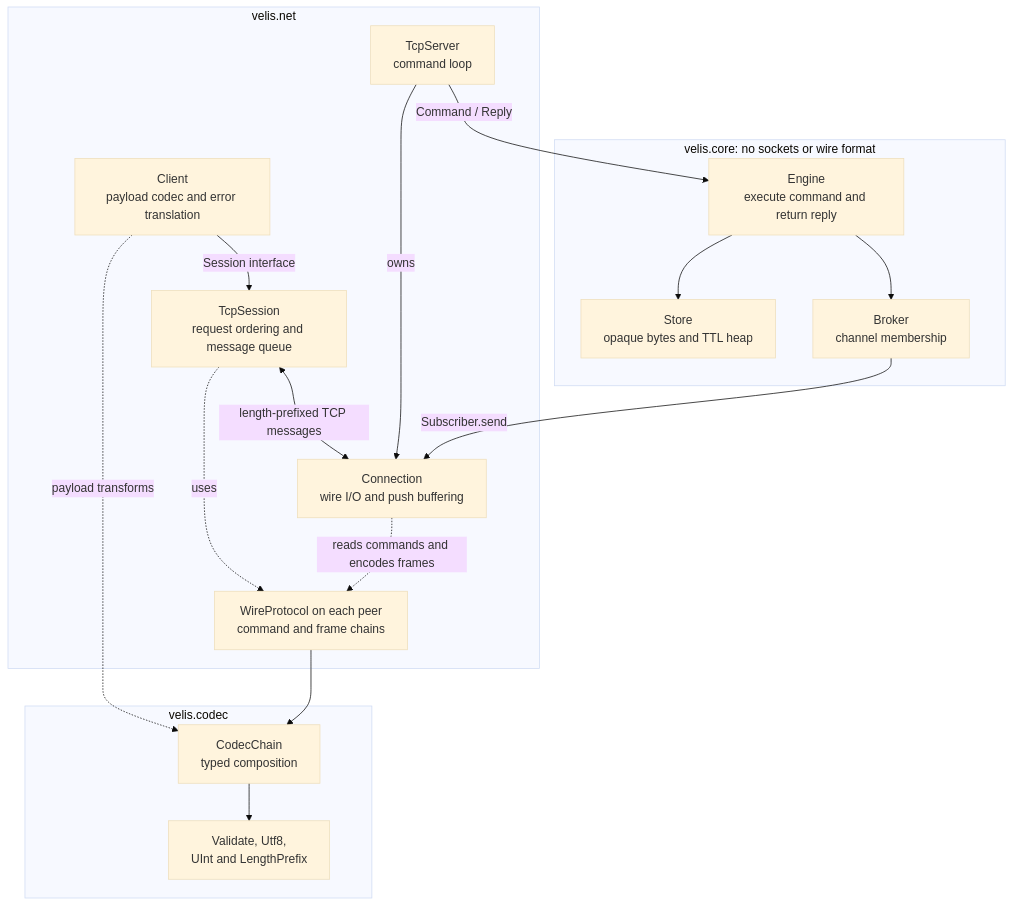
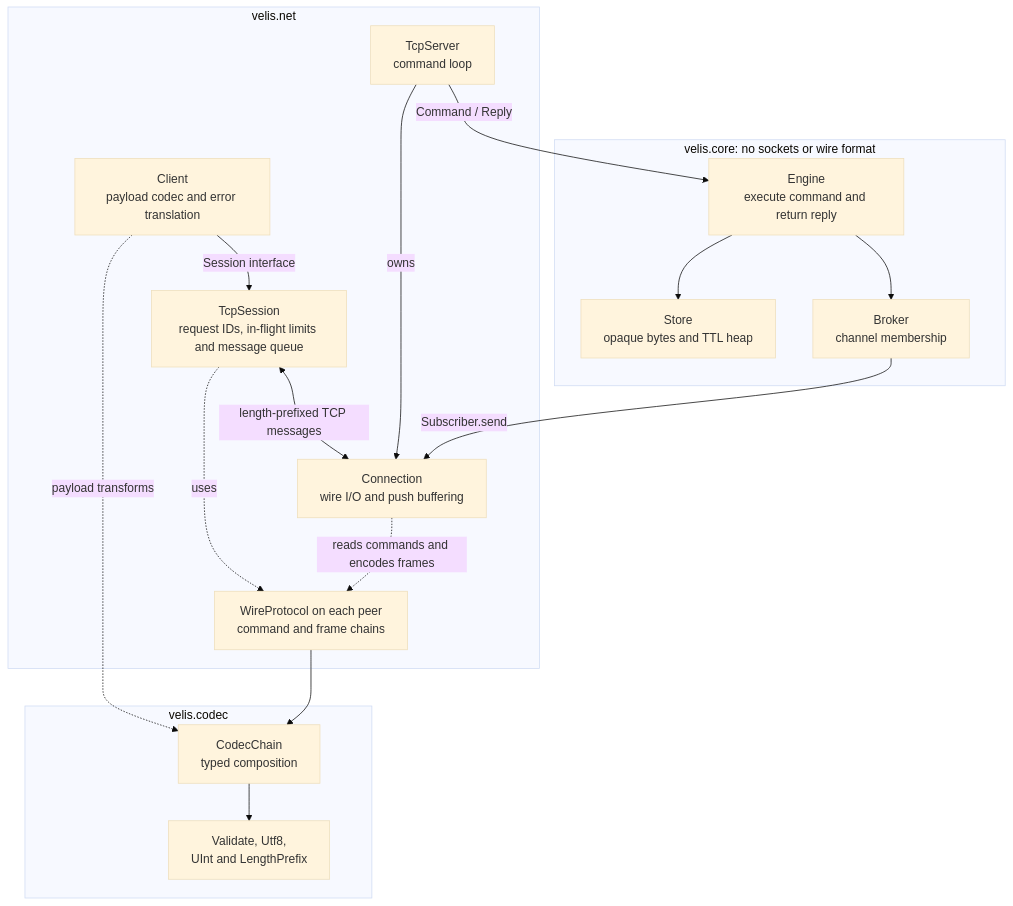
One commit to gchape/velis changed the first of 6 diagrams in README.md. Above: the diagram before and after it, drawn with Mermaid (base theme). The commit also changed other lines of this file, not shown here.

Commit message:
docs: document request IDs pipelining and cancellation

````diff
--- a/README.md
+++ b/README.md
@@ -87,34 +91,34 @@
 ```mermaid
 flowchart TB
     subgraph net ["velis.net"]
         client["Client<br/>payload codec and error translation"]
-        session["TcpSession<br/>request ordering and message queue"]
+        session["TcpSession<br/>request IDs, in-flight limits and message queue"]
         server["TcpServer<br/>command loop"]
         conn["Connection<br/>wire I/O and push buffering"]
         wire["WireProtocol on each peer<br/>command and frame chains"]
     end
 
     subgraph codecs ["velis.codec"]
         chain["CodecChain<br/>typed composition"]
         stages["Validate, Utf8,<br/>UInt and LengthPrefix"]
     end
 
     subgraph core ["velis.core: no sockets or wire format"]
         engine["Engine<br/>execute command and return reply"]
         store["Store<br/>opaque bytes and TTL heap"]
         broker["Broker<br/>channel membership"]
     end
 
     client -->|"Session interface"| session
     session <-->|"length-prefixed TCP messages"| conn
     server -->|"owns"| conn
     server -->|"Command / Reply"| engine
     session -.->|"uses"| wire
     conn -.->|"reads commands and encodes frames"| wire
     client -.->|"payload transforms"| chain
     wire --> chain
     chain --> stages
     engine --> store
     engine --> broker
     broker -->|"Subscriber.send"| conn
 ```
````
